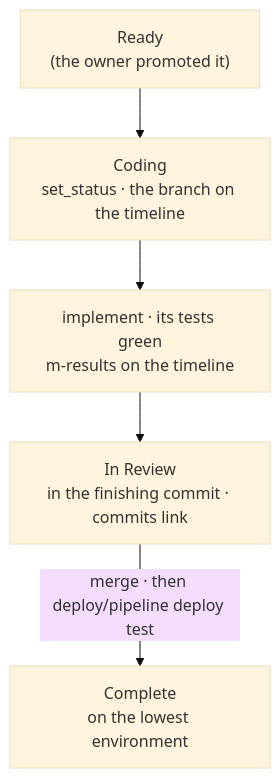
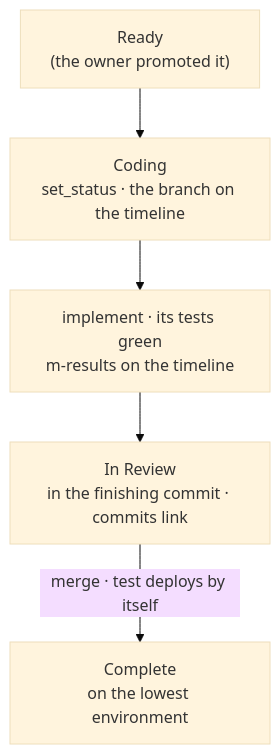
One commit to hypermemetic-ai/menger-skills changed the diagram in building/SKILL.md. Above: the diagram before and after it, drawn with Mermaid (base theme). The commit also changed other lines of this file, not shown here.

Commit message:
building: a ticket entering In Review is deployed to test automatically; prod is the owner's — merge --no-ff (never squash or rebase), link, leave it In Review, run no deploy (DEPLOY-48)

````diff
--- a/building/SKILL.md
+++ b/building/SKILL.md
@@ -17,7 +17,7 @@
 ```mermaid
 graph TD
   R["Ready<br/>(the owner promoted it)"] --> C["Coding<br/>set_status · the branch on the timeline"]
   C --> I["implement · its tests green<br/>m-results on the timeline"]
   I --> V["In Review<br/>in the finishing commit · commits link"]
-  V -->|"merge · then deploy/pipeline deploy test"| D["Complete<br/>on the lowest environment"]
+  V -->|"merge · test deploys by itself"| D["Complete<br/>on the lowest environment"]
 ```
````
